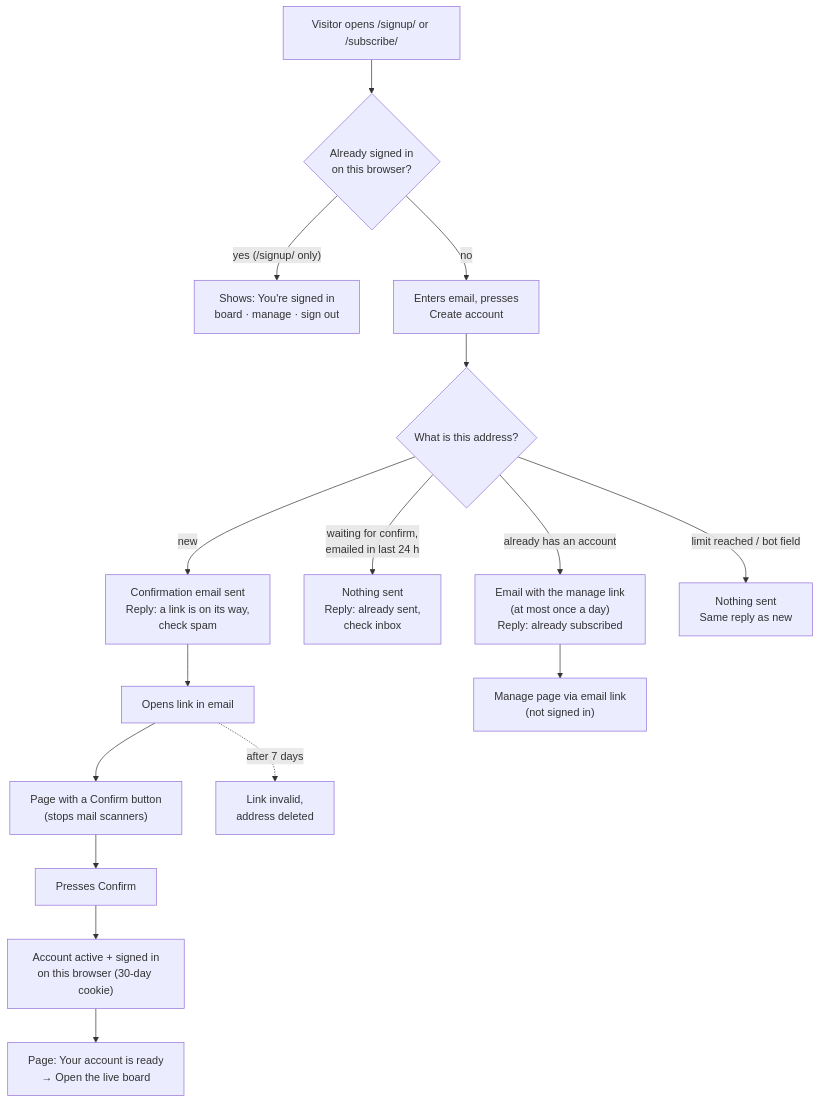
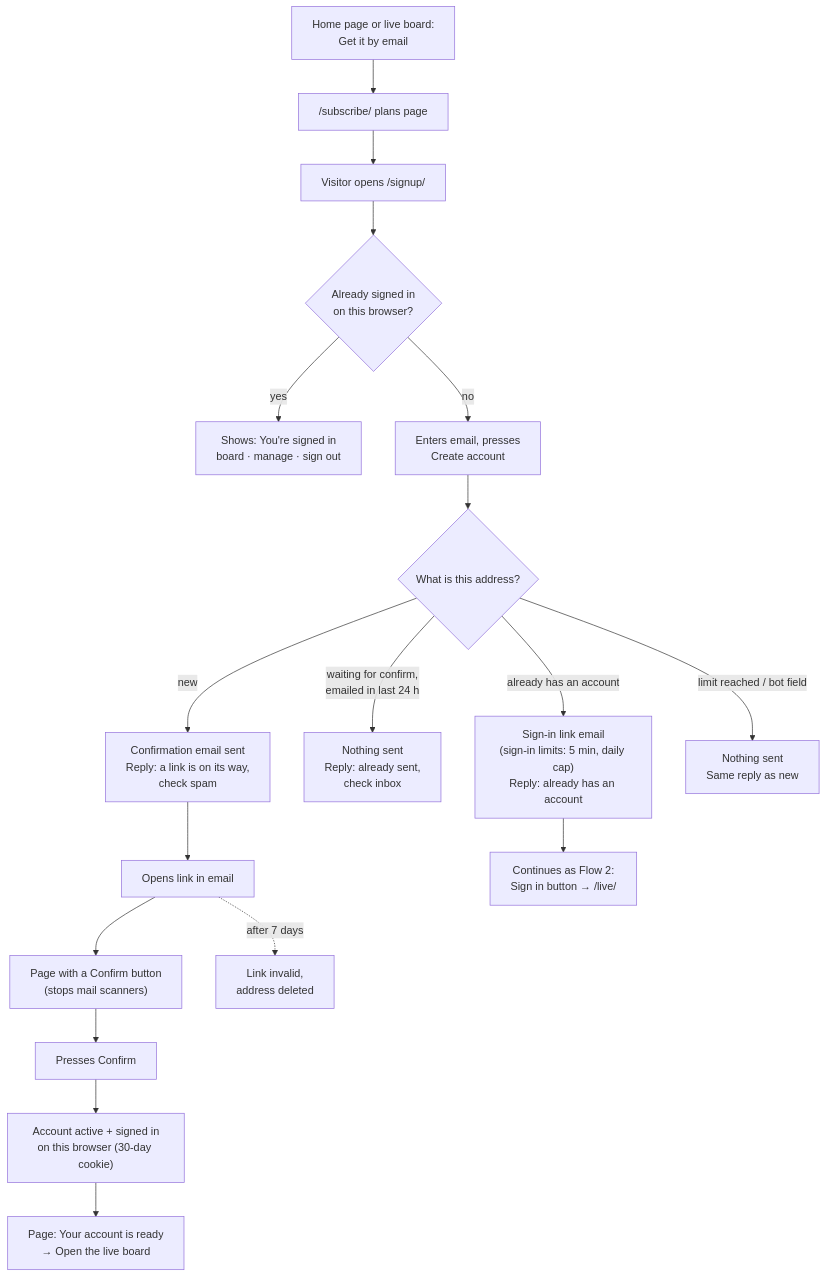
One commit to bhawnamanglapm/travel-problem-radar-case-study changed the first of 3 diagrams in docs/subscriptions/account-flows.md. Above: the diagram before and after it, drawn with Mermaid. The commit also changed other lines of this file and 6 other files, not shown here.

First line of the commit message:
Docs: account-flow fixes

````diff
--- a/docs/subscriptions/account-flows.md
+++ b/docs/subscriptions/account-flows.md
@@ -17,18 +19,20 @@
 ```mermaid
 flowchart TD
-  A["Visitor opens /signup/ or /subscribe/"] --> B{"Already signed in<br/>on this browser?"}
-  B -- "yes (/signup/ only)" --> B1["Shows: You're signed in<br/>board · manage · sign out"]
+  P0["Home page or live board:<br/>Get it by email"] --> P1["/subscribe/ plans page"]
+  P1 --> A["Visitor opens /signup/"]
+  A --> B{"Already signed in<br/>on this browser?"}
+  B -- yes --> B1["Shows: You're signed in<br/>board · manage · sign out"]
   B -- no --> C["Enters email, presses<br/>Create account"]
   C --> D{"What is this address?"}
   D -- "new" --> E["Confirmation email sent<br/>Reply: a link is on its way,<br/>check spam"]
   D -- "waiting for confirm,<br/>emailed in last 24 h" --> F["Nothing sent<br/>Reply: already sent,<br/>check inbox"]
-  D -- "already has an account" --> G["Email with the manage link<br/>(at most once a day)<br/>Reply: already subscribed"]
+  D -- "already has an account" --> G["Sign-in link email<br/>(sign-in limits: 5 min, daily cap)<br/>Reply: already has an account"]
   D -- "limit reached / bot field" --> E2["Nothing sent<br/>Same reply as new"]
   E --> H["Opens link in email"]
   H --> I["Page with a Confirm button<br/>(stops mail scanners)"]
   I --> J["Presses Confirm"]
   J --> K["Account active + signed in<br/>on this browser (30-day cookie)"]
   K --> L["Page: Your account is ready<br/>→ Open the live board"]
   H -. "after 7 days" .-> X["Link invalid,<br/>address deleted"]
-  G --> M["Manage page via email link<br/>(not signed in)"]
+  G --> M["Continues as Flow 2:<br/>Sign in button → /live/"]
 ```
````
